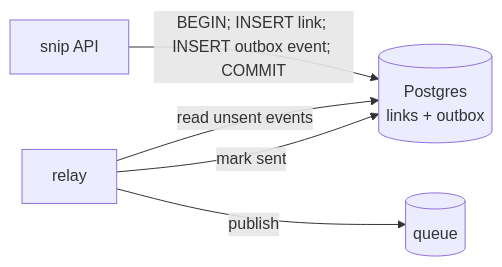
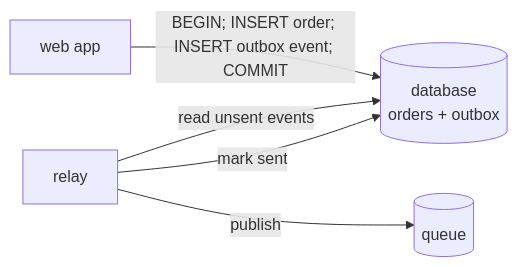
One commit to jawwadzafar/zero-to-prod changed the third of 4 diagrams in docs/distributed/queues-and-background-work.mdx. Above: the diagram before and after it, drawn with Mermaid. The commit also changed other lines of this file, not shown here.

Commit message:
docs: 8.2 teaches queues on a signup-email example and a hands-on redis-cli session (produce, consumer groups, ack, pending, XAUTOCLAIM, delivery counts) before snip's click worker, which now arrives as the payoff; generic outbox example; a diagnostic question on stuck pending messages

````diff
--- a/docs/distributed/queues-and-background-work.mdx
+++ b/docs/distributed/queues-and-background-work.mdx
@@ -175,7 +186,7 @@
 ```mermaid
 flowchart LR
-    A["snip API"] -->|"BEGIN; INSERT link; INSERT outbox event; COMMIT"| DB[("Postgres<br/>links + outbox")]
+    A["web app"] -->|"BEGIN; INSERT order; INSERT outbox event; COMMIT"| DB[("database<br/>orders + outbox")]
     R["relay"] -->|"read unsent events"| DB
     R -->|"publish"| Q[("queue")]
     R -->|"mark sent"| DB
 ```
````
